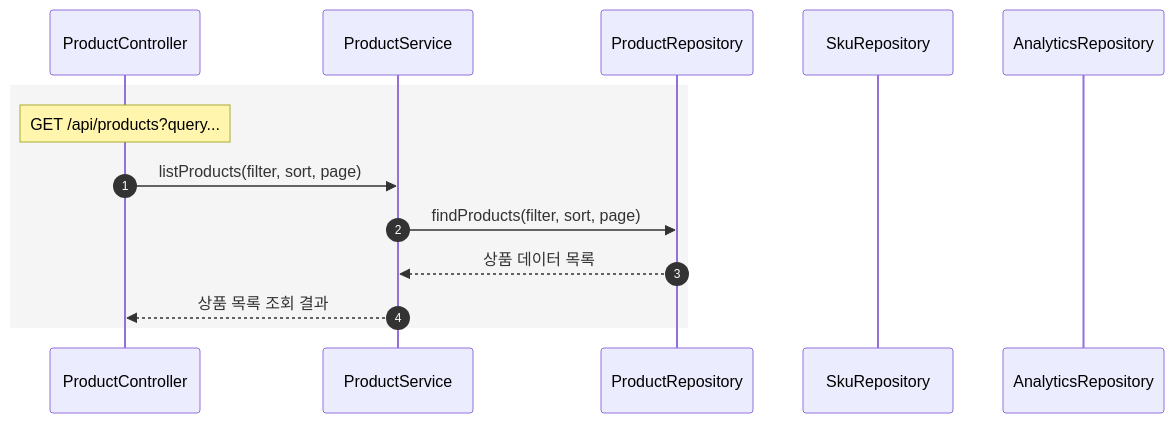
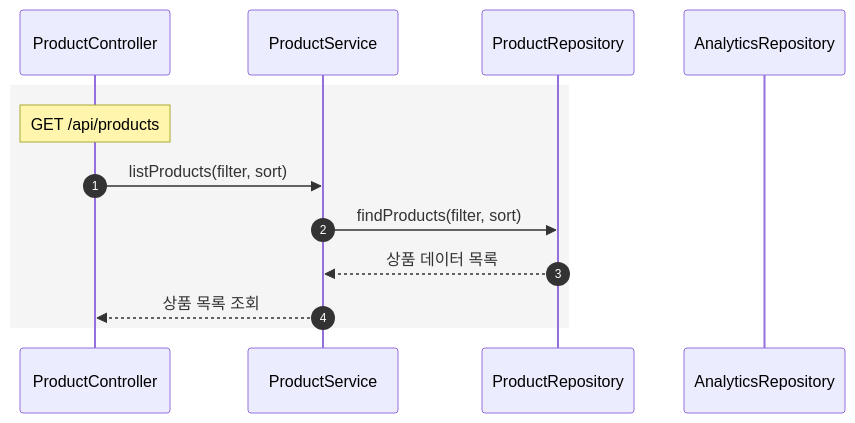
The first of 9 diagrams in docs/sequenceDiagram.md (namuneo/hh_plus_week2), drawn with Mermaid before and after one commit. The commit also changed other lines of this file and 12 other files, not shown here.

````diff
--- a/docs/sequenceDiagram.md
+++ b/docs/sequenceDiagram.md
@@ -6,17 +6,17 @@
 ```mermaid
 sequenceDiagram
     autonumber
     participant PC as ProductController
     participant PS as ProductService
     participant PR as ProductRepository
-    participant SR as SkuRepository
     participant AR as AnalyticsRepository
 
     rect rgb(245,245,245)
-    Note over PC: GET /api/products?query...
-    PC->>PS: listProducts(filter, sort, page)
-    PS->>PR: findProducts(filter, sort, page)
-    PR-->>PS: 상품 데이터 목록
-    PS-->>PC: 상품 목록 조회 결과
+        Note over PC: GET /api/products
+        PC->>PS: listProducts(filter, sort)
+        PS->>PR: findProducts(filter, sort)
+        PR-->>PS: 상품 데이터 목록
+        PS-->>PC: 상품 목록 조회
     end
+
 ```
````
